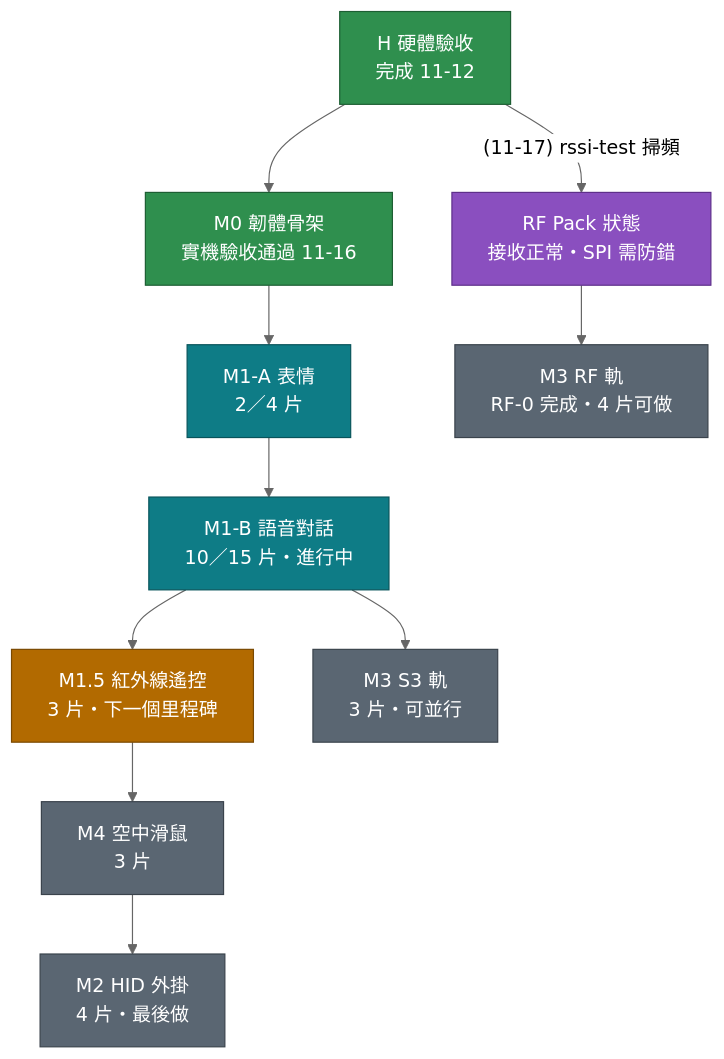
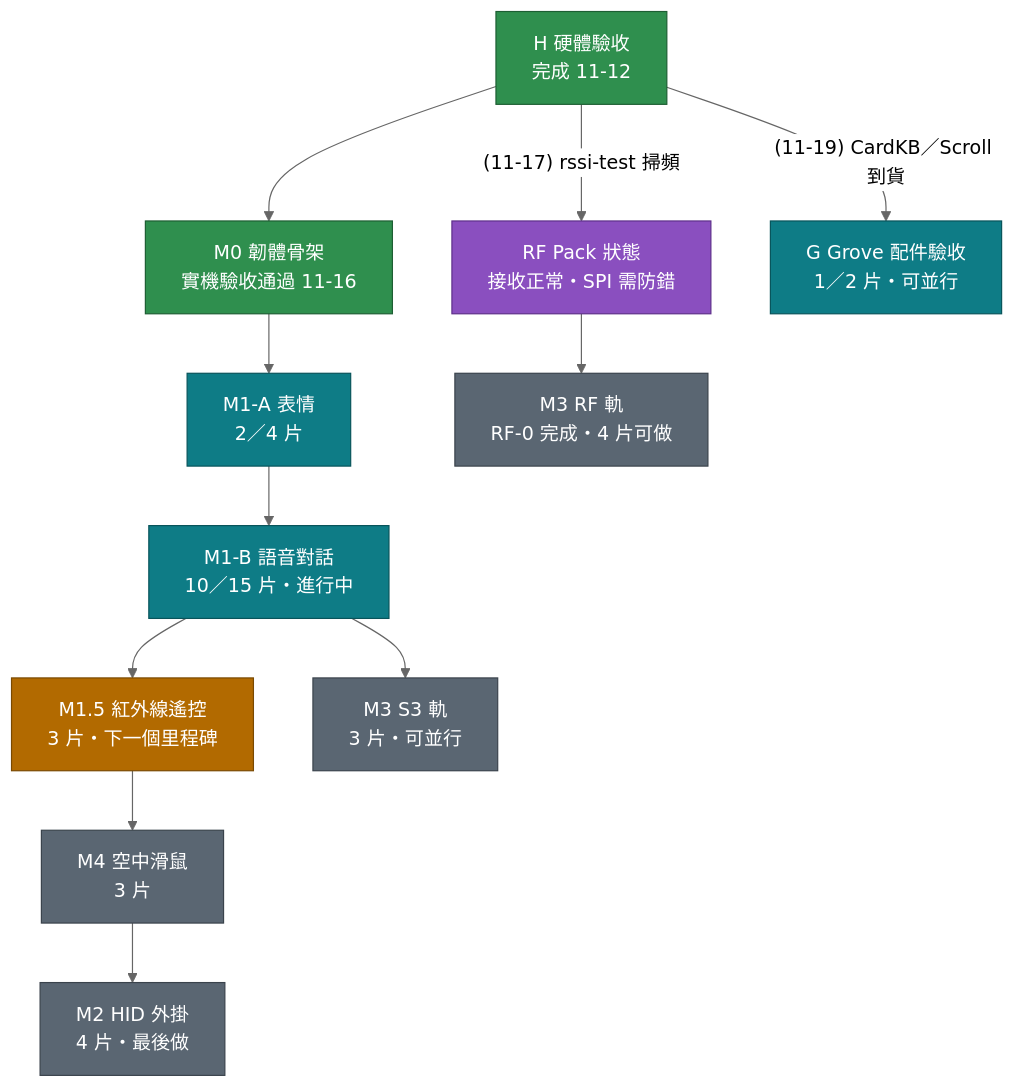
The first of 2 diagrams in docs/StickS3 執行計劃.md (MilesYP/m5sticks3), drawn with Mermaid (neutral theme) before and after one commit. The commit also changed other lines of this file and 30 other files, not shown here.

````diff
--- a/docs/StickS3 執行計劃.md
+++ b/docs/StickS3 執行計劃.md
@@ -29,28 +29,31 @@
 ```mermaid
 flowchart TD
     H["H 硬體驗收<br>完成 11-12"]
     M0["M0 韌體骨架<br>實機驗收通過 11-16"]
     M1A["M1-A 表情<br>2／4 片"]
     M1B["M1-B 語音對話<br>10／15 片・進行中"]
     M15["M1.5 紅外線遙控<br>3 片・下一個里程碑"]
     M4["M4 空中滑鼠<br>3 片"]
     M2["M2 HID 外掛<br>4 片・最後做"]
     M3S["M3 S3 軌<br>3 片・可並行"]
     M3R["M3 RF 軌<br>RF-0 完成・4 片可做"]
     RS["RF Pack 狀態<br>接收正常・SPI 需防錯"]
+    G["G Grove 配件驗收<br>1／2 片・可並行"]
 
     H --> M0 --> M1A --> M1B --> M15 --> M4 --> M2
     M1B --> M3S
     H -->|"(11-17) rssi-test 掃頻"| RS --> M3R
+    H -->|"(11-19) CardKB／Scroll 到貨"| G
 
     classDef done fill:#2f8f4e,color:#ffffff,stroke:#1d5e33
     classDef doing fill:#0e7c86,color:#ffffff,stroke:#08545b
     classDef next fill:#b26a00,color:#ffffff,stroke:#7a4900
     classDef todo fill:#5a6672,color:#ffffff,stroke:#3a434c
     classDef gate fill:#8a4fbf,color:#ffffff,stroke:#5e2f8a
     class H,M0 done
     class M1A,M1B doing
     class M15 next
+    class G doing
     class M4,M2,M3S,M3R todo
     class RS gate
 ```
````
